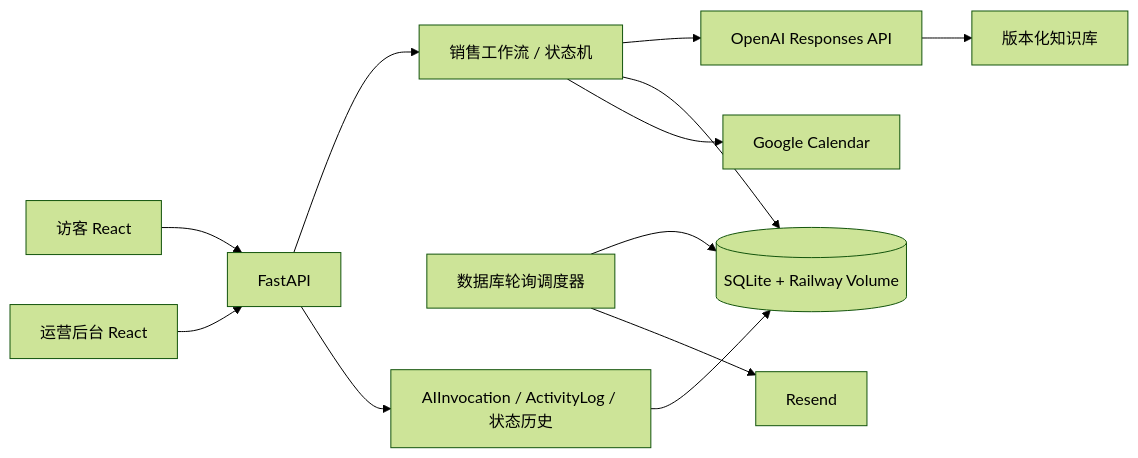
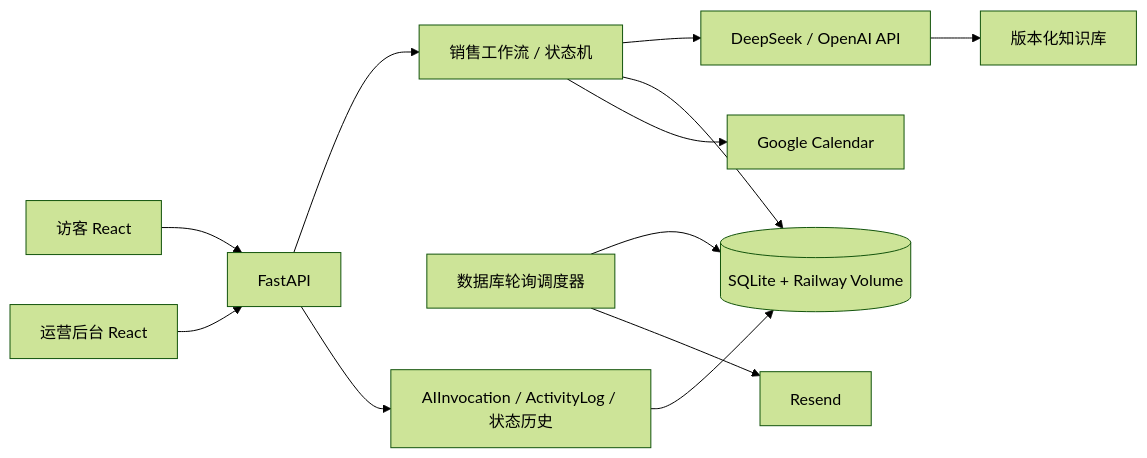
Before and after one commit to wuyuhang0519-cyber/julu-ai-sales-assistant: the diagram in README.md, drawn with Mermaid (forest theme). The commit also changed other lines of this file and 13 other files, not shown here.

Commit message:
feat: add DeepSeek real AI provider

````diff
--- a/README.md
+++ b/README.md
@@ -50,14 +52,14 @@
 ```mermaid
 flowchart LR
   V[访客 React] --> API[FastAPI]
   O[运营后台 React] --> API
   API --> WF[销售工作流 / 状态机]
-  WF --> AI[OpenAI Responses API]
+  WF --> AI[DeepSeek / OpenAI API]
   AI --> KB[版本化知识库]
   WF --> DB[(SQLite + Railway Volume)]
   WF --> CAL[Google Calendar]
   SCH[数据库轮询调度器] --> DB
   SCH --> MAIL[Resend]
   API --> AUDIT[AIInvocation / ActivityLog / 状态历史]
   AUDIT --> DB
 ```
````
